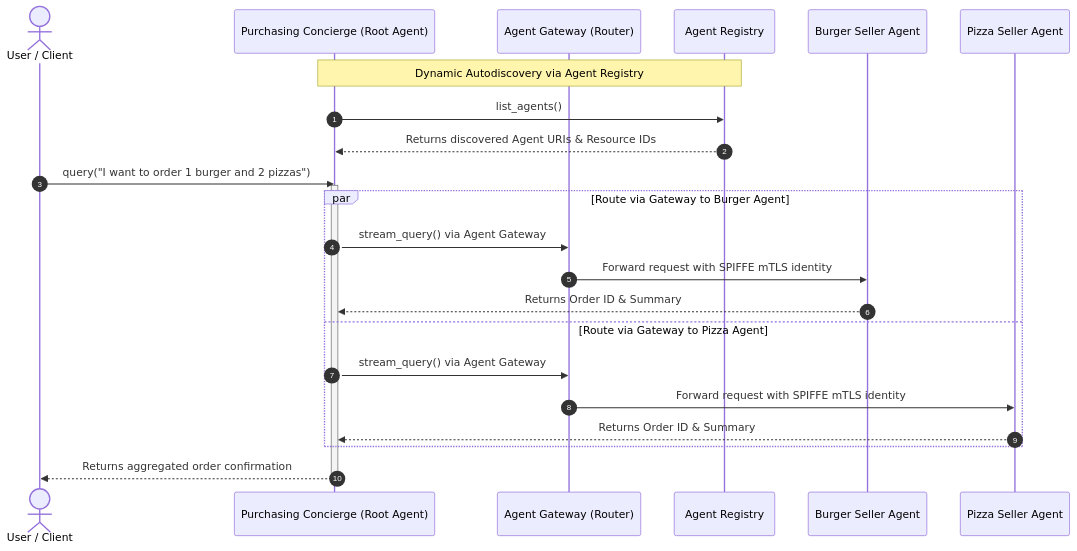
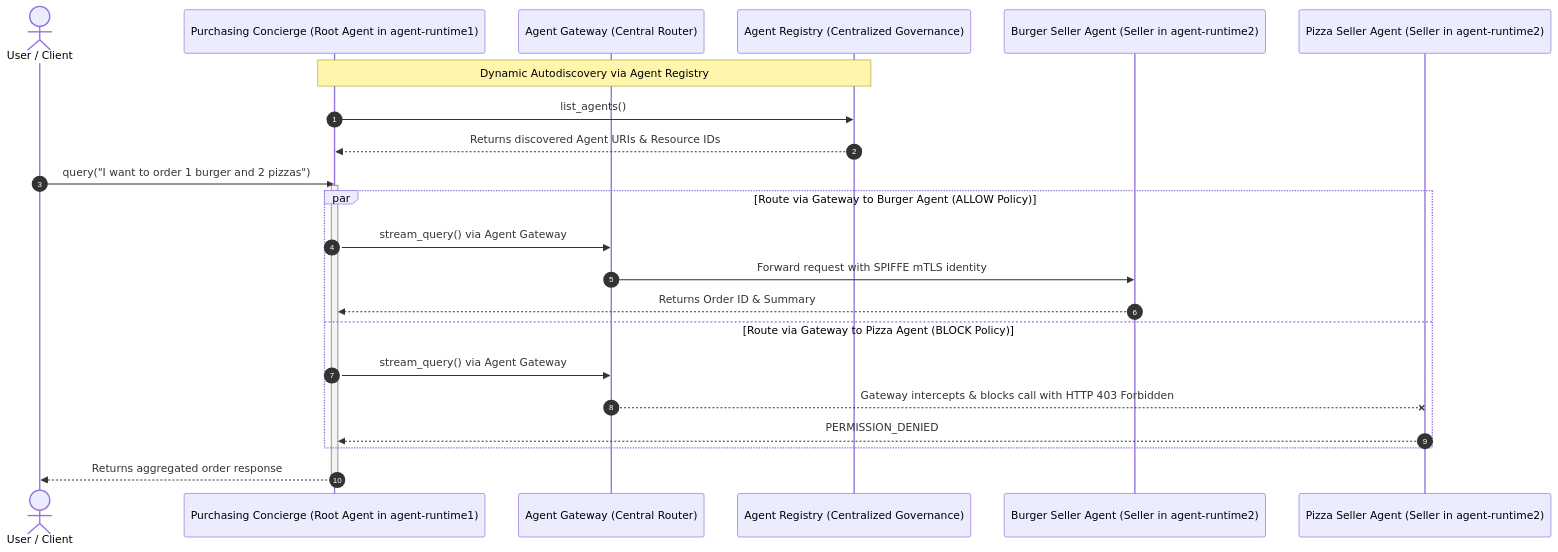
One commit to demichael4520/cross-project-multiagent changed the diagram in README.md. Above: the diagram before and after it, drawn with Mermaid. The commit also changed other lines of this file and 1 other file, not shown here.

Commit message:
Restore and update CODELAB.md and README.md with cross-project topology, manual agent registry creation, and gcloud beta iap web agent IAM policies

````diff
--- a/README.md
+++ b/README.md
@@ -11,30 +13,30 @@
 ```mermaid
 sequenceDiagram
     autonumber
     actor Client as User / Client
-    participant Concierge as Purchasing Concierge (Root Agent)
-    participant Gateway as Agent Gateway (Router)
-    participant Registry as Agent Registry
-    participant Burger as Burger Seller Agent
-    participant Pizza as Pizza Seller Agent
+    participant Concierge as Purchasing Concierge (Root Agent in agent-runtime1)
+    participant Gateway as Agent Gateway (Central Router)
+    participant Registry as Agent Registry (Centralized Governance)
+    participant Burger as Burger Seller Agent (Seller in agent-runtime2)
+    participant Pizza as Pizza Seller Agent (Seller in agent-runtime2)
 
     Note over Concierge,Registry: Dynamic Autodiscovery via Agent Registry
     Concierge->>Registry: list_agents()
     Registry-->>Concierge: Returns discovered Agent URIs & Resource IDs
 
     Client->>Concierge: query("I want to order 1 burger and 2 pizzas")
     activate Concierge
     
-    par Route via Gateway to Burger Agent
+    par Route via Gateway to Burger Agent (ALLOW Policy)
         Concierge->>Gateway: stream_query() via Agent Gateway
         Gateway->>Burger: Forward request with SPIFFE mTLS identity
         Burger-->>Concierge: Returns Order ID & Summary
-    and Route via Gateway to Pizza Agent
+    and Route via Gateway to Pizza Agent (BLOCK Policy)
         Concierge->>Gateway: stream_query() via Agent Gateway
-        Gateway->>Pizza: Forward request with SPIFFE mTLS identity
-        Pizza-->>Concierge: Returns Order ID & Summary
+        Gateway--xPizza: Gateway intercepts & blocks call with HTTP 403 Forbidden
+        Pizza-->>Concierge: PERMISSION_DENIED
     end
 
-    Concierge-->>Client: Returns aggregated order confirmation
+    Concierge-->>Client: Returns aggregated order response
     deactivate Concierge
 ```
````
